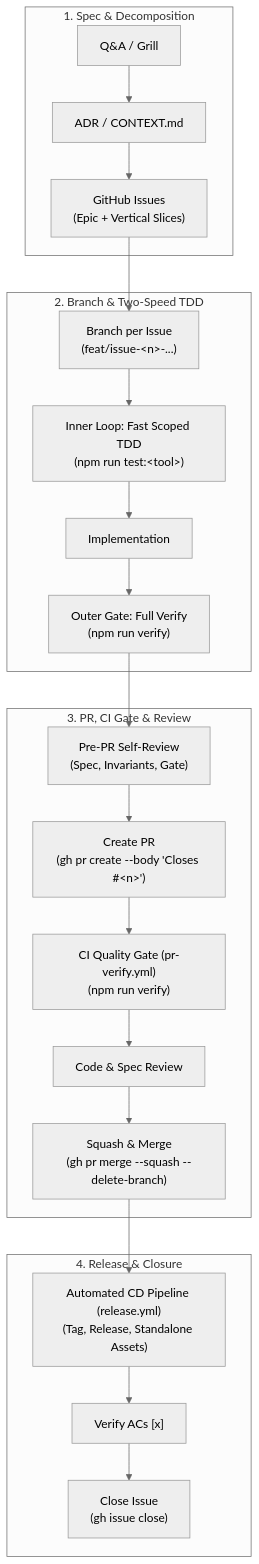
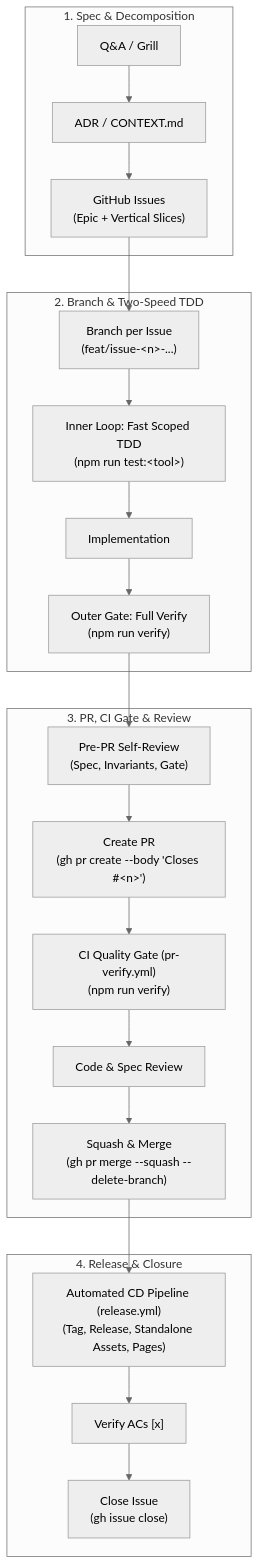
The diagram in docs/agents/ways-of-working.md (thanhtrixx/html-standalone-tools), drawn with Mermaid (neutral theme) before and after one commit. The commit also changed other lines of this file and 1 other file, not shown here.

Commit message:
feat(release): configure GitHub Pages continuous deployment pipeline in release.yml (#300) (#302)

````diff
--- a/docs/agents/ways-of-working.md
+++ b/docs/agents/ways-of-working.md
@@ -9,29 +9,29 @@
 ```mermaid
 flowchart TD
     subgraph P1["1. Spec &amp; Decomposition"]
         QA["Q&amp;A / Grill"] --> ADR["ADR / CONTEXT.md"]
         ADR --> Issues["GitHub Issues<br/>(Epic + Vertical Slices)"]
     end
 
     subgraph P2["2. Branch &amp; Two-Speed TDD"]
         Branch["Branch per Issue<br/>(feat/issue-&lt;n&gt;-...)"] --> InnerLoop["Inner Loop: Fast Scoped TDD<br/>(npm run test:&lt;tool&gt;)"]
         InnerLoop --> Impl["Implementation"]
         Impl --> OuterGate["Outer Gate: Full Verify<br/>(npm run verify)"]
     end
 
     subgraph P3["3. PR, CI Gate &amp; Review"]
         OuterGate --> SelfReview["Pre-PR Self-Review<br/>(Spec, Invariants, Gate)"]
         SelfReview --> PR["Create PR<br/>(gh pr create --body 'Closes #&lt;n&gt;')"]
         PR --> CIGate["CI Quality Gate (pr-verify.yml)<br/>(npm run verify)"]
         CIGate --> Review["Code &amp; Spec Review"]
         Review --> Merge["Squash &amp; Merge<br/>(gh pr merge --squash --delete-branch)"]
     end
 
     subgraph P4["4. Release &amp; Closure"]
-        Merge --> CDRelease["Automated CD Pipeline (release.yml)<br/>(Tag, Release, Standalone Assets)"]
+        Merge --> CDRelease["Automated CD Pipeline (release.yml)<br/>(Tag, Release, Standalone Assets, Pages)"]
         CDRelease --> VerifyAC["Verify ACs [x]"]
         VerifyAC --> Close["Close Issue<br/>(gh issue close)"]
     end
 
     Issues --> Branch
 ```
````
